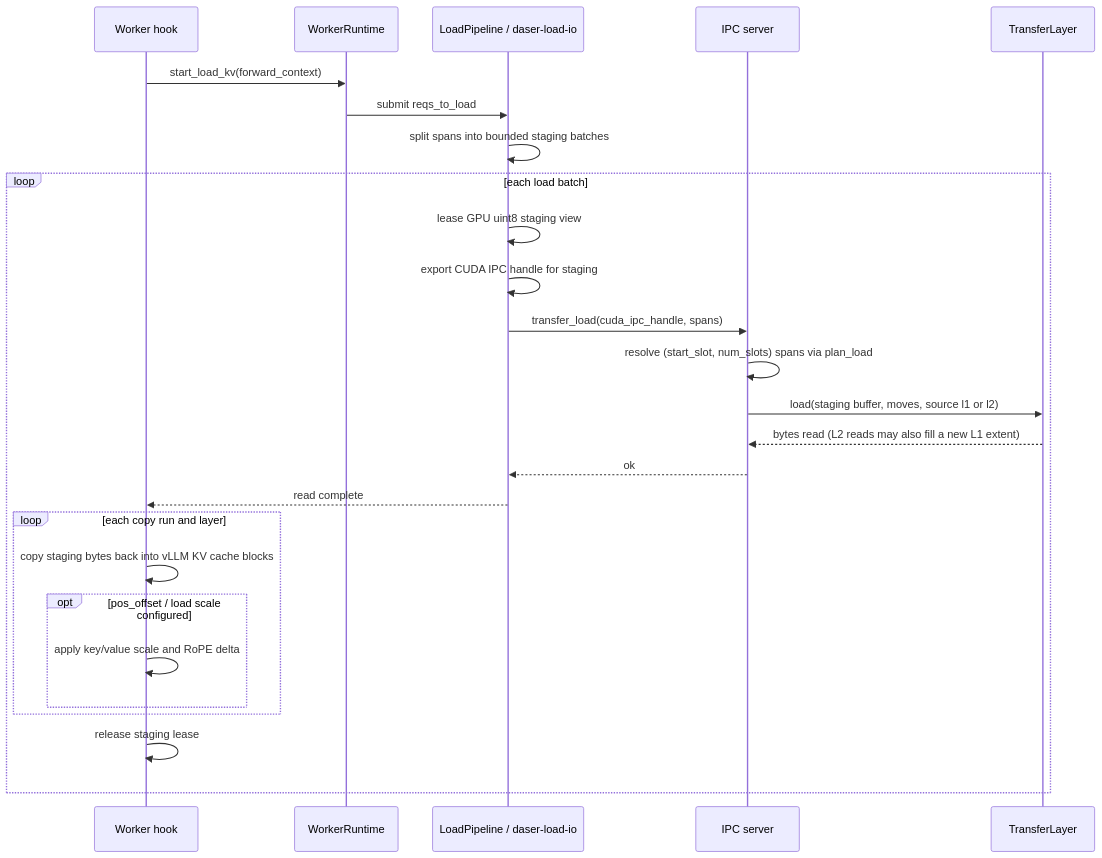
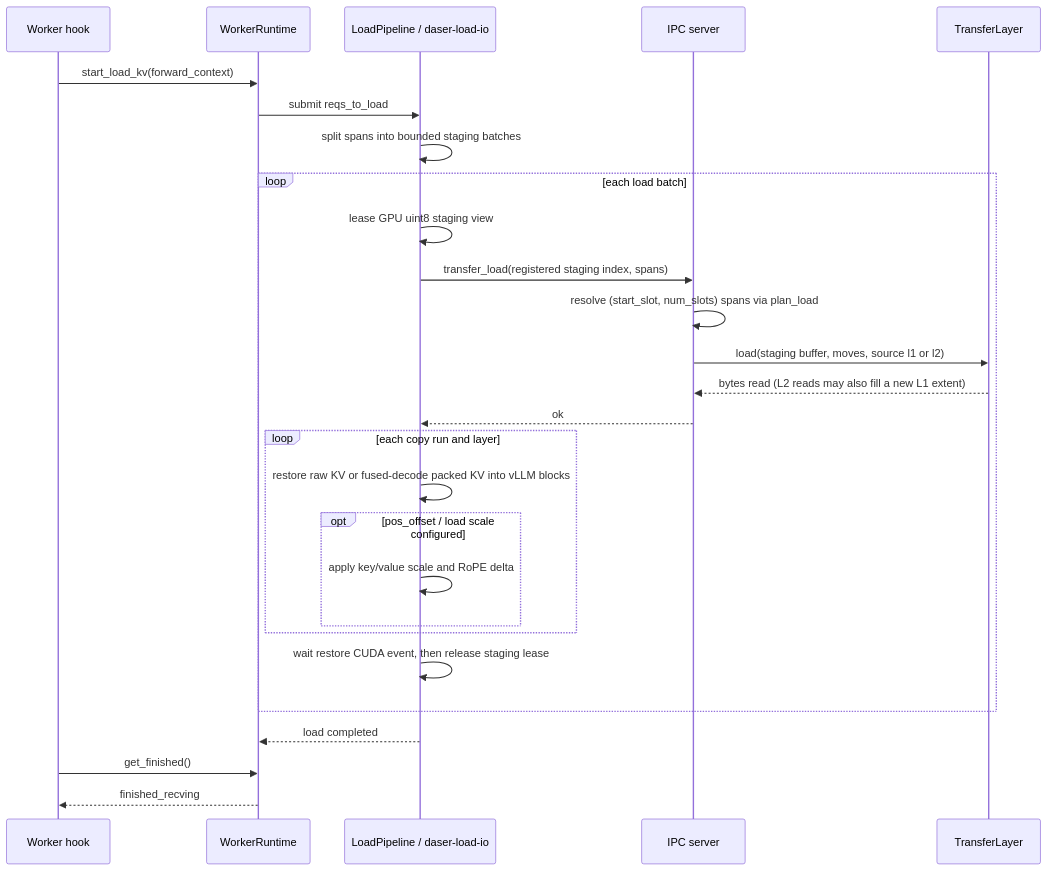
One commit to 7774596/DaseR changed the seventh of 8 diagrams in docs/design/flows.md. Above: the diagram before and after it, drawn with Mermaid. The commit also changed other lines of this file and 11 other files, not shown here.

First line of the commit message:
docs(server): sync architecture and design documentation

````diff
--- a/docs/design/flows.md
+++ b/docs/design/flows.md
@@ -210,29 +239,30 @@
 ```mermaid
 sequenceDiagram
     participant W as Worker hook
     participant WR as WorkerRuntime
     participant BG as LoadPipeline / daser-load-io
     participant IPC as IPC server
     participant TL as TransferLayer
 
     W->>WR: start_load_kv(forward_context)
     WR->>BG: submit reqs_to_load
     BG->>BG: split spans into bounded staging batches
     loop each load batch
         BG->>BG: lease GPU uint8 staging view
-        BG->>BG: export CUDA IPC handle for staging
-        BG->>IPC: transfer_load(cuda_ipc_handle, spans)
+        BG->>IPC: transfer_load(registered staging index, spans)
         IPC->>IPC: resolve (start_slot, num_slots) spans via plan_load
         IPC->>TL: load(staging buffer, moves, source l1 or l2)
         TL-->>IPC: bytes read (L2 reads may also fill a new L1 extent)
         IPC-->>BG: ok
-        BG-->>W: read complete
         loop each copy run and layer
-            W->>W: copy staging bytes back into vLLM KV cache blocks
+            BG->>BG: restore raw KV or fused-decode packed KV into vLLM blocks
             opt pos_offset / load scale configured
-                W->>W: apply key/value scale and RoPE delta
+                BG->>BG: apply key/value scale and RoPE delta
             end
         end
-        W->>W: release staging lease
+        BG->>BG: wait restore CUDA event, then release staging lease
     end
+    BG-->>WR: load completed
+    W->>WR: get_finished()
+    WR-->>W: finished_recving
 ```
````
